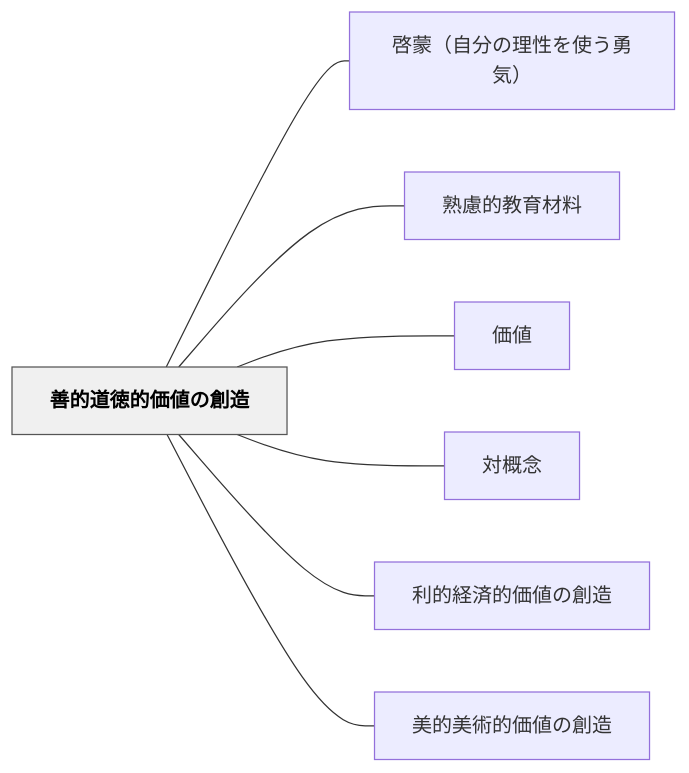
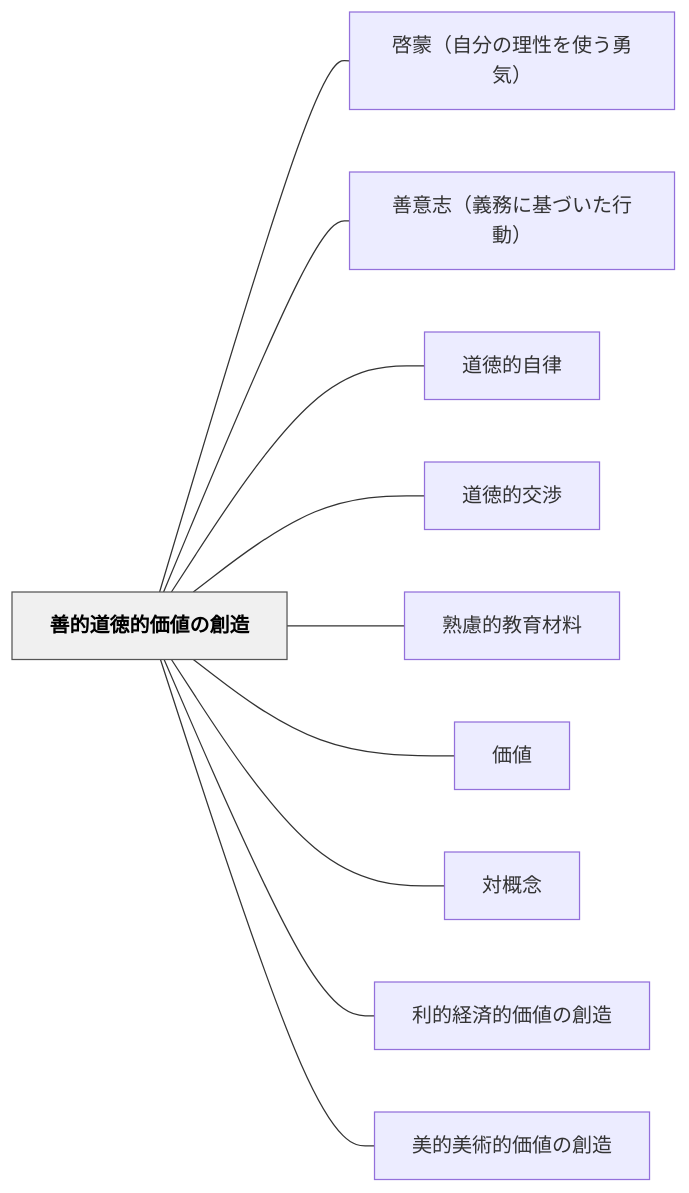
One commit to unknownthings-ed-patterns/unknownthings-ed-patterns changed the diagram in content/パタン/善的道徳的価値の創造.md. Above: the diagram before and after it, drawn with Mermaid. The commit also changed other lines of this file and 5 other files, not shown here.

````diff
--- a/content/パタン/善的道徳的価値の創造.md
+++ b/content/パタン/善的道徳的価値の創造.md
@@ -51,20 +66,26 @@
 ```mermaid
 flowchart LR
     ne59684e79a84e98193e5beb3e79a84e4bea1e580a4e381aee589b5e980a0["善的道徳的価値の創造"]
     ne59593e89299efbc88e887aae58886e381aee79086e680a7e38292e4bdbfe38186e58b87e6b097efbc89["啓蒙（自分の理性を使う勇気）"]
+    ne59684e6848fe5bf97efbc88e7bea9e58b99e381abe59fbae381a5e38184e3819fe8a18ce58b95efbc89["善意志（義務に基づいた行動）"]
+    ne98193e5beb3e79a84e887aae5be8b["道徳的自律"]
+    ne98193e5beb3e79a84e4baa4e6b889["道徳的交渉"]
     ne7869fe685aee79a84e69599e882b2e69d90e69699["熟慮的教育材料"]
     ne4bea1e580a4["価値"]
     ne5afbee6a682e5bfb5["対概念"]
     ne588a9e79a84e7b58ce6b888e79a84e4bea1e580a4e381aee589b5e980a0["利的経済的価値の創造"]
     ne7be8ee79a84e7be8ee8a193e79a84e4bea1e580a4e381aee589b5e980a0["美的美術的価値の創造"]
 
     ne59684e79a84e98193e5beb3e79a84e4bea1e580a4e381aee589b5e980a0 --- ne59593e89299efbc88e887aae58886e381aee79086e680a7e38292e4bdbfe38186e58b87e6b097efbc89
+    ne59684e79a84e98193e5beb3e79a84e4bea1e580a4e381aee589b5e980a0 --- ne59684e6848fe5bf97efbc88e7bea9e58b99e381abe59fbae381a5e38184e3819fe8a18ce58b95efbc89
+    ne59684e79a84e98193e5beb3e79a84e4bea1e580a4e381aee589b5e980a0 --- ne98193e5beb3e79a84e887aae5be8b
+    ne59684e79a84e98193e5beb3e79a84e4bea1e580a4e381aee589b5e980a0 --- ne98193e5beb3e79a84e4baa4e6b889
     ne59684e79a84e98193e5beb3e79a84e4bea1e580a4e381aee589b5e980a0 --- ne7869fe685aee79a84e69599e882b2e69d90e69699
     ne59684e79a84e98193e5beb3e79a84e4bea1e580a4e381aee589b5e980a0 --- ne4bea1e580a4
     ne59684e79a84e98193e5beb3e79a84e4bea1e580a4e381aee589b5e980a0 --- ne5afbee6a682e5bfb5
     ne59684e79a84e98193e5beb3e79a84e4bea1e580a4e381aee589b5e980a0 --- ne588a9e79a84e7b58ce6b888e79a84e4bea1e580a4e381aee589b5e980a0
     ne59684e79a84e98193e5beb3e79a84e4bea1e580a4e381aee589b5e980a0 --- ne7be8ee79a84e7be8ee8a193e79a84e4bea1e580a4e381aee589b5e980a0
 
     classDef hub fill:#f0f0f0,stroke:#555,color:#000,font-weight:bold
     class ne59684e79a84e98193e5beb3e79a84e4bea1e580a4e381aee589b5e980a0 hub
 ```
````
